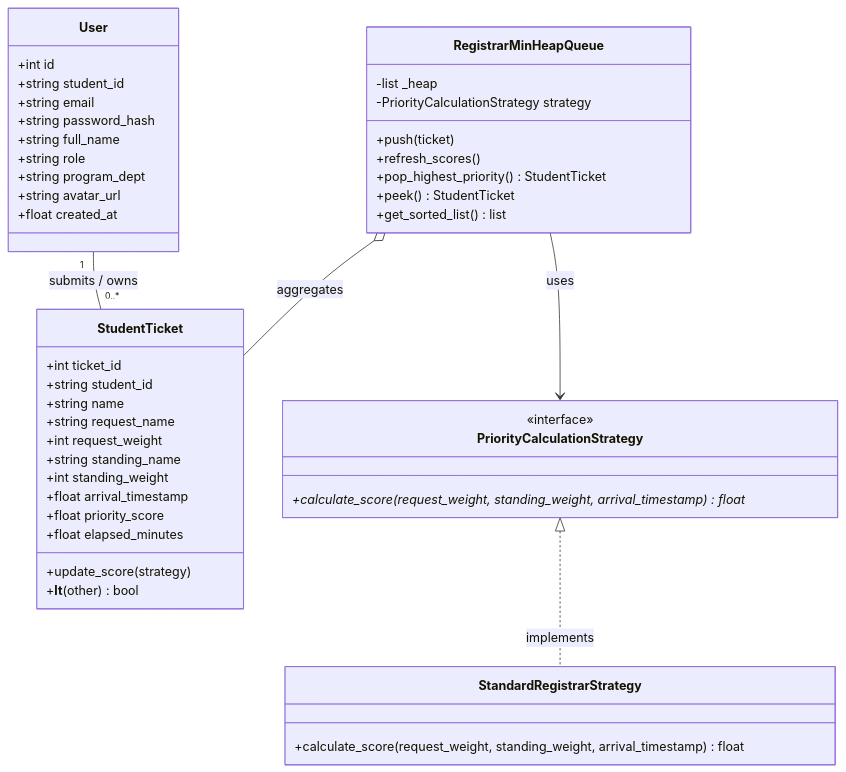
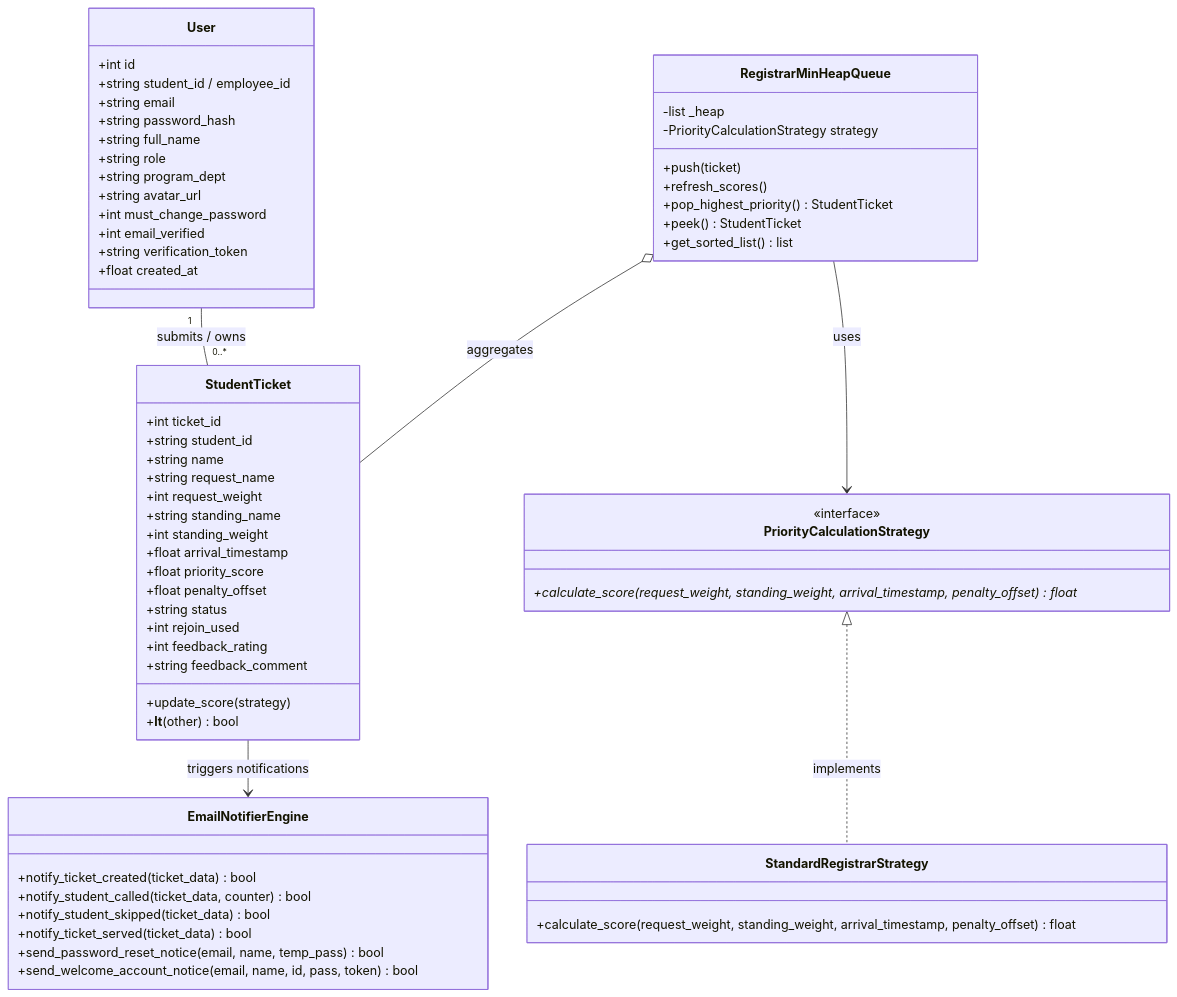
One commit to justinovate/cpe106l-4_finalproject changed the third of 5 diagrams in PROPOSAL.md. Above: the diagram before and after it, drawn with Mermaid. The commit also changed other lines of this file and 22 other files, not shown here.

Commit message:
feat(sprint-3): add dual-mode email notifications, account verification, password resets, ticket lifecycle controls, feedback analytics, deployment config, and 40 AAA tests

````diff
--- a/PROPOSAL.md
+++ b/PROPOSAL.md
@@ -213,53 +221,70 @@
 ```mermaid
 classDiagram
     class User {
         +int id
-        +string student_id
+        +string student_id / employee_id
         +string email
         +string password_hash
         +string full_name
         +string role
         +string program_dept
         +string avatar_url
+        +int must_change_password
+        +int email_verified
+        +string verification_token
         +float created_at
     }
 
     class StudentTicket {
         +int ticket_id
         +string student_id
         +string name
         +string request_name
         +int request_weight
         +string standing_name
         +int standing_weight
         +float arrival_timestamp
         +float priority_score
-        +float elapsed_minutes
+        +float penalty_offset
+        +string status
+        +int rejoin_used
+        +int feedback_rating
+        +string feedback_comment
         +update_score(strategy)
         +__lt__(other) bool
     }
 
     class PriorityCalculationStrategy {
         <<interface>>
-        +calculate_score(request_weight, standing_weight, arrival_timestamp)* float
+        +calculate_score(request_weight, standing_weight, arrival_timestamp, penalty_offset)* float
     }
 
     class StandardRegistrarStrategy {
-        +calculate_score(request_weight, standing_weight, arrival_timestamp) float
+        +calculate_score(request_weight, standing_weight, arrival_timestamp, penalty_offset) float
     }
 
     class RegistrarMinHeapQueue {
         -list _heap
         -PriorityCalculationStrategy strategy
         +push(ticket)
         +refresh_scores()
         +pop_highest_priority() StudentTicket
         +peek() StudentTicket
         +get_sorted_list() list
     }
 
+    class EmailNotifierEngine {
+        +notify_ticket_created(ticket_data) bool
+        +notify_student_called(ticket_data, counter) bool
+        +notify_student_skipped(ticket_data) bool
+        +notify_ticket_served(ticket_data) bool
+        +send_password_reset_notice(email, name, temp_pass) bool
+        +send_welcome_account_notice(email, name, id, pass, token) bool
+    }
+
     PriorityCalculationStrategy <|.. StandardRegistrarStrategy : implements
     RegistrarMinHeapQueue o-- StudentTicket : aggregates
     RegistrarMinHeapQueue --> PriorityCalculationStrategy : uses
     User "1" -- "0..*" StudentTicket : submits / owns
+    StudentTicket --> EmailNotifierEngine : triggers notifications
 ```
````
